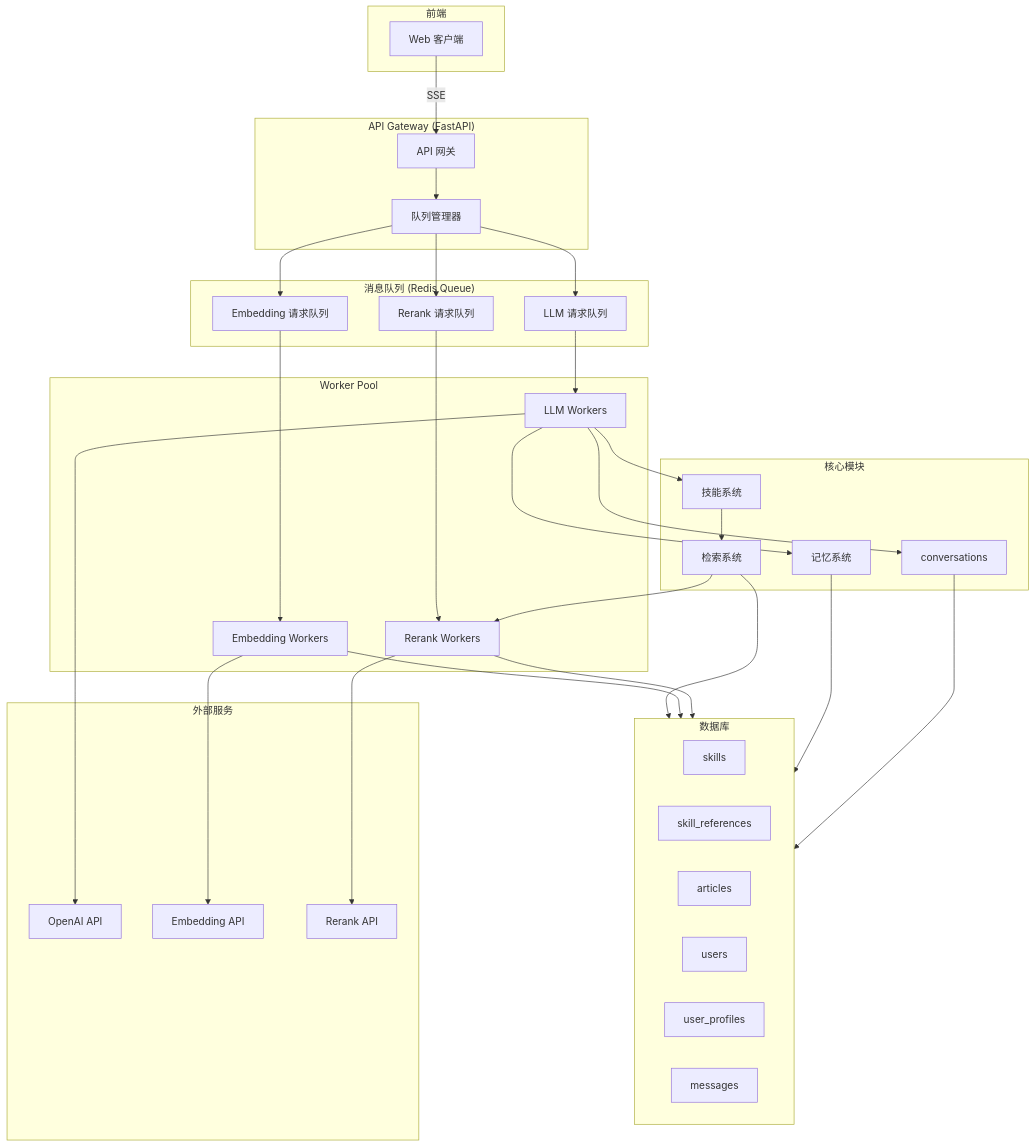
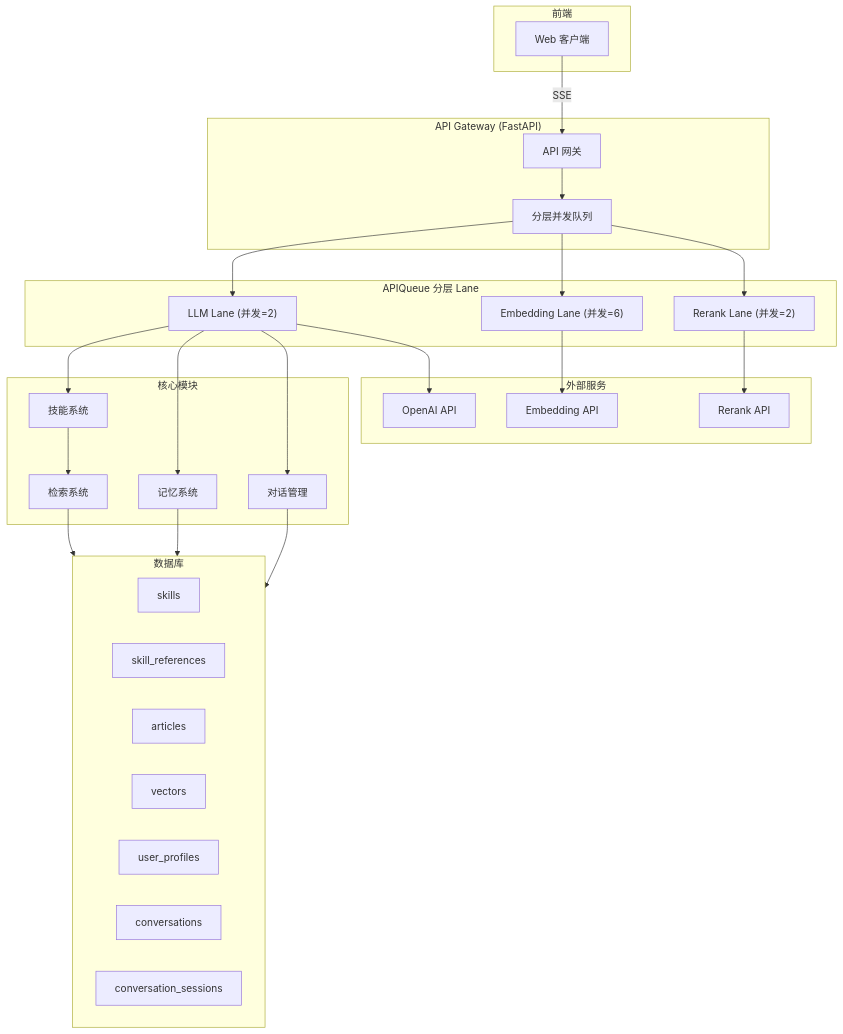
Before and after one commit to MEO-wj/OA_Reader_APP: the first of 12 diagrams in ai_end/README.md, drawn with Mermaid. The commit also changed other lines of this file and 6 other files, not shown here.

````diff
--- a/ai_end/README.md
+++ b/ai_end/README.md
@@ -25,74 +26,60 @@
 ```mermaid
 flowchart TB
     subgraph Frontend["前端"]
         Web["Web 客户端"]
     end
 
     subgraph API["API Gateway (FastAPI)"]
         Gateway["API 网关"]
-        QueueMgr["队列管理器"]
+        QueueMgr["分层并发队列"]
     end
 
-    subgraph MQ["消息队列 (Redis Queue)"]
-        LLMQ["LLM 请求队列"]
-        EBDQ["Embedding 请求队列"]
-        RRQ["Rerank 请求队列"]
-    end
-
-    subgraph Workers["Worker Pool"]
-        LLMW["LLM Workers"]
-        EBDW["Embedding Workers"]
-        RRW["Rerank Workers"]
+    subgraph Lanes["APIQueue 分层 Lane"]
+        LLMQ["LLM Lane (并发=2)"]
+        EBDQ["Embedding Lane (并发=6)"]
+        RRQ["Rerank Lane (并发=2)"]
     end
 
     subgraph Core["核心模块"]
         SkillSys["技能系统"]
         Retrieval["检索系统"]
         Memory["记忆系统"]
         Conv["对话管理"]
     end
 
     subgraph DB["数据库"]
         Skills["skills"]
         Refs["skill_references"]
         Docs["articles"]
-        Users["users"]
+        Vectors["vectors"]
         Profiles["user_profiles"]
-        Conv["conversations"]
-        Messages["messages"]
+        ConvTable["conversations"]
+        Sessions["conversation_sessions"]
     end
 
     subgraph External["外部服务"]
         OpenAI["OpenAI API"]
         EBD["Embedding API"]
         Rerank["Rerank API"]
     end
 
     Web -->|SSE| Gateway
     Gateway --> QueueMgr
     QueueMgr --> LLMQ
     QueueMgr --> EBDQ
     QueueMgr --> RRQ
 
-    LLMQ --> LLMW
-    EBDQ --> EBDW
-    RRQ --> RRW
-
-    LLMW --> SkillSys
-    LLMW --> Memory
-    LLMW --> Conv
+    LLMQ --> SkillSys
+    LLMQ --> Memory
+    LLMQ --> Conv
 
     SkillSys --> Retrieval
-    Retrieval --> RRW
     Retrieval --> DB
 
-    EBDW --> DB
-    RRW --> DB
-
-    LLMW --> OpenAI
-    EBDW --> EBD
-    RRW --> Rerank
+    LLMQ --> OpenAI
+    EBDQ --> EBD
+    RRQ --> Rerank
 
     Memory --> DB
     Conv --> DB
 ```
````
